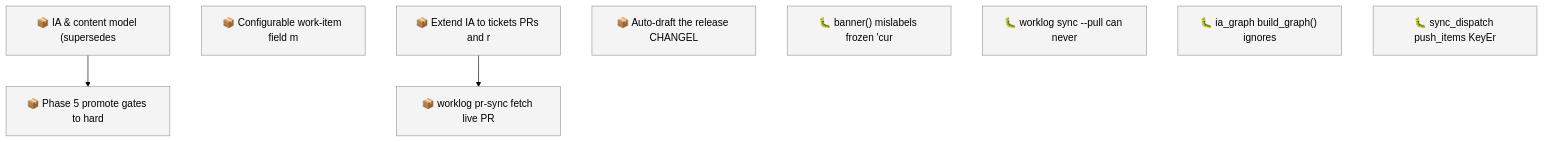
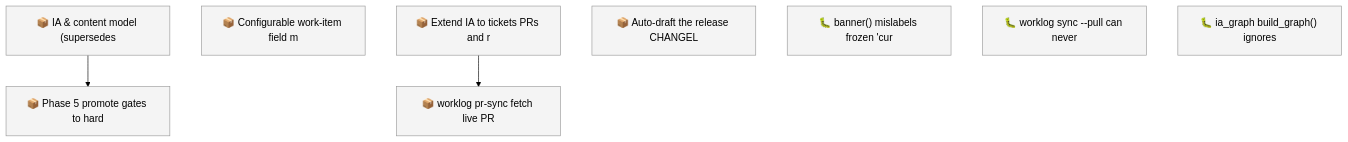
Before and after one commit to SpillwaveSolutions/wiki_ticket_sdd: the first of 2 diagrams in docs/roadmap.md, drawn with Mermaid (forest theme). The commit also changed other lines of this file and 8 other files, not shown here.

First line of the commit message:
chore: close stale sync_dispatch KeyError item, link to shipping PR #188 (01KYAKH389T1ZKKBP94WH2HK94)

````diff
--- a/docs/roadmap.md
+++ b/docs/roadmap.md
@@ -60,17 +59,16 @@
 ```mermaid
 graph TD
     01KY5G9ZW0H2YMNWDFJYGRPYE5["📦 IA & content model (supersedes"]
     01KY5G9ZW0RABXWHEMEP1FAV2G["📦 Phase 5 promote gates to hard"]
     01KY5NE0ZYGBWG44N0KPEBFCZ8["📦 Configurable work-item field m"]
     01KYABYEQP8ANXGYPBCV2T20D8["📦 Extend IA to tickets PRs and r"]
     01KYAC0AC01R4C6W7YY1X8NVRV["📦 Auto-draft the release CHANGEL"]
     01KYACFJA0SQSF4C83BJZXB5MY["🐛 banner() mislabels frozen 'cur"]
     01KYADGT9Q48EKJZVQQSH4HXWZ["📦 worklog pr-sync fetch live PR"]
     01KYAGZ8KK46SQF1MKHAHVCTJV["🐛 worklog sync --pull can never"]
     01KYAHAB3T2QXGMN4SQT4ZNZGW["🐛 ia_graph build_graph() ignores"]
-    01KYAKH389T1ZKKBP94WH2HK94["🐛 sync_dispatch push_items KeyEr"]
     01KY5G9ZW0H2YMNWDFJYGRPYE5 --> 01KY5G9ZW0RABXWHEMEP1FAV2G
     01KYABYEQP8ANXGYPBCV2T20D8 --> 01KYADGT9Q48EKJZVQQSH4HXWZ
     classDef todo fill:#f4f4f4,stroke:#999999
-    class 01KY5G9ZW0H2YMNWDFJYGRPYE5,01KY5G9ZW0RABXWHEMEP1FAV2G,01KY5NE0ZYGBWG44N0KPEBFCZ8,01KYABYEQP8ANXGYPBCV2T20D8,01KYAC0AC01R4C6W7YY1X8NVRV,01KYACFJA0SQSF4C83BJZXB5MY,01KYADGT9Q48EKJZVQQSH4HXWZ,01KYAGZ8KK46SQF1MKHAHVCTJV,01KYAHAB3T2QXGMN4SQT4ZNZGW,01KYAKH389T1ZKKBP94WH2HK94 todo
+    class 01KY5G9ZW0H2YMNWDFJYGRPYE5,01KY5G9ZW0RABXWHEMEP1FAV2G,01KY5NE0ZYGBWG44N0KPEBFCZ8,01KYABYEQP8ANXGYPBCV2T20D8,01KYAC0AC01R4C6W7YY1X8NVRV,01KYACFJA0SQSF4C83BJZXB5MY,01KYADGT9Q48EKJZVQQSH4HXWZ,01KYAGZ8KK46SQF1MKHAHVCTJV,01KYAHAB3T2QXGMN4SQT4ZNZGW todo
 ```
````
